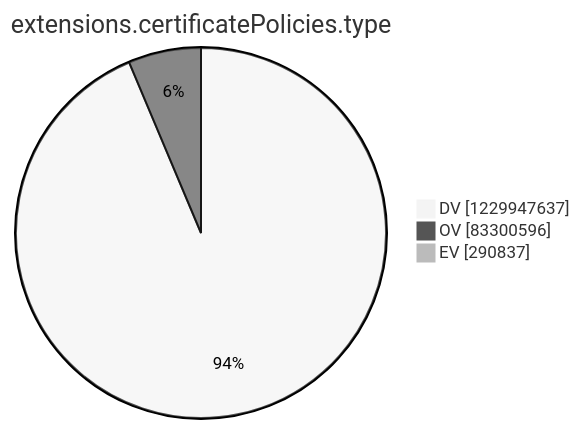
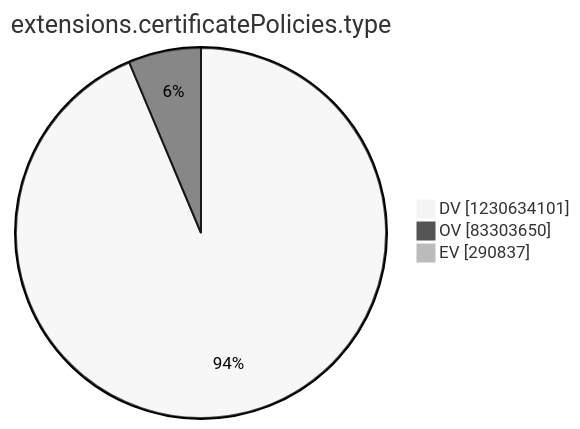
The tenth of 15 diagrams in argon2022/README.md (christiankrug/ctmonitor_visualization), drawn with Mermaid (neutral theme) before and after one commit. The commit also changed other lines of this file, not shown here.

````diff
--- a/argon2022/README.md
+++ b/argon2022/README.md
@@ -2770,7 +2770,7 @@
 ```mermaid
 pie showData
 title extensions.certificatePolicies.type
-"DV" :1229947637
-"OV" :83300596
+"DV" :1230634101
+"OV" :83303650
 "EV" :290837
 ```
````
